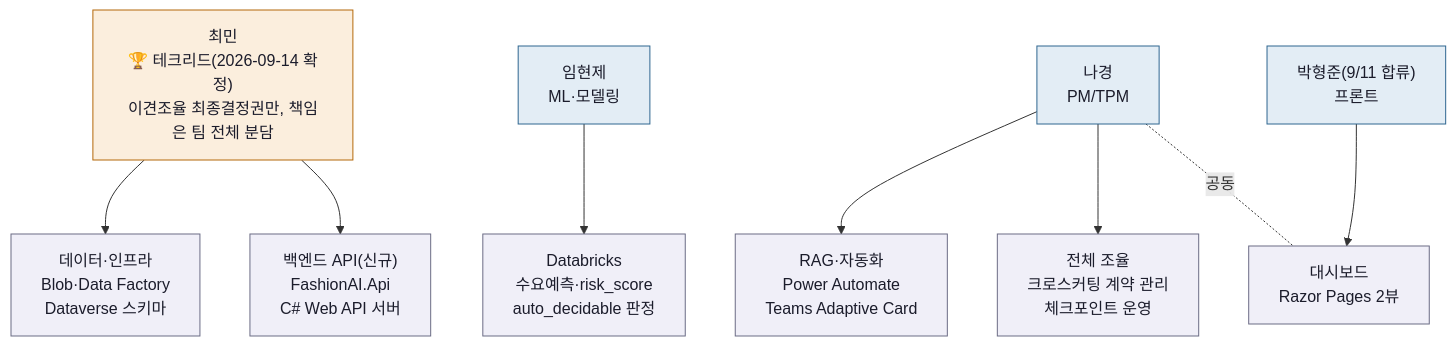
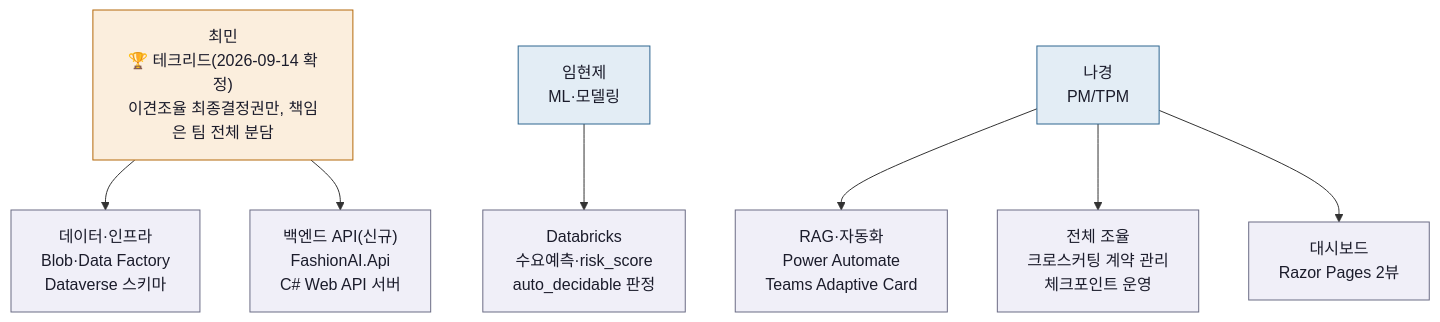
One commit to nklee-git/MS_2nd_Project_MANAGEMENT changed the fourth of 11 diagrams in 20-architecture/20-visual-overview.md. Above: the diagram before and after it, drawn with Mermaid. The commit also changed other lines of this file and 13 other files, not shown here.

````diff
--- a/20-architecture/20-visual-overview.md
+++ b/20-architecture/20-visual-overview.md
@@ -80,21 +80,20 @@
 ```mermaid
 flowchart TB
     lead["최민<br/>🏆 테크리드(2026-09-14 확정)<br/>이견조율 최종결정권만, 책임은 팀 전체 분담"]
     lead --> pipeline["데이터·인프라<br/>Blob·Data Factory<br/>Dataverse 스키마"]
     lead --> api["백엔드 API(신규)<br/>FashionAI.Api<br/>C# Web API 서버"]
 
     ml["임현제<br/>ML·모델링"] --> mlwork["Databricks<br/>수요예측·risk_score<br/>auto_decidable 판정"]
 
     pm["나경<br/>PM/TPM"] --> rag["RAG·자동화<br/>Power Automate<br/>Teams Adaptive Card"]
     pm --> coord["전체 조율<br/>크로스커팅 계약 관리<br/>체크포인트 운영"]
 
-    fe["박형준(9/11 합류)<br/>프론트"] --> front["대시보드<br/>Razor Pages 2뷰"]
-    pm -.공동.- front
+    pm --> front["대시보드<br/>Razor Pages 2뷰"]
 
     classDef leadcls fill:#fbeedd,stroke:#b4690a,color:#1b1c2b;
     classDef personcls fill:#e3edf5,stroke:#2f6690,color:#1b1c2b;
     classDef workcls fill:#f0eff8,stroke:#6b6c85,color:#1b1c2b;
     class lead leadcls
-    class ml,pm,fe personcls
+    class ml,pm personcls
     class pipeline,api,mlwork,rag,coord,front workcls
 ```
````
